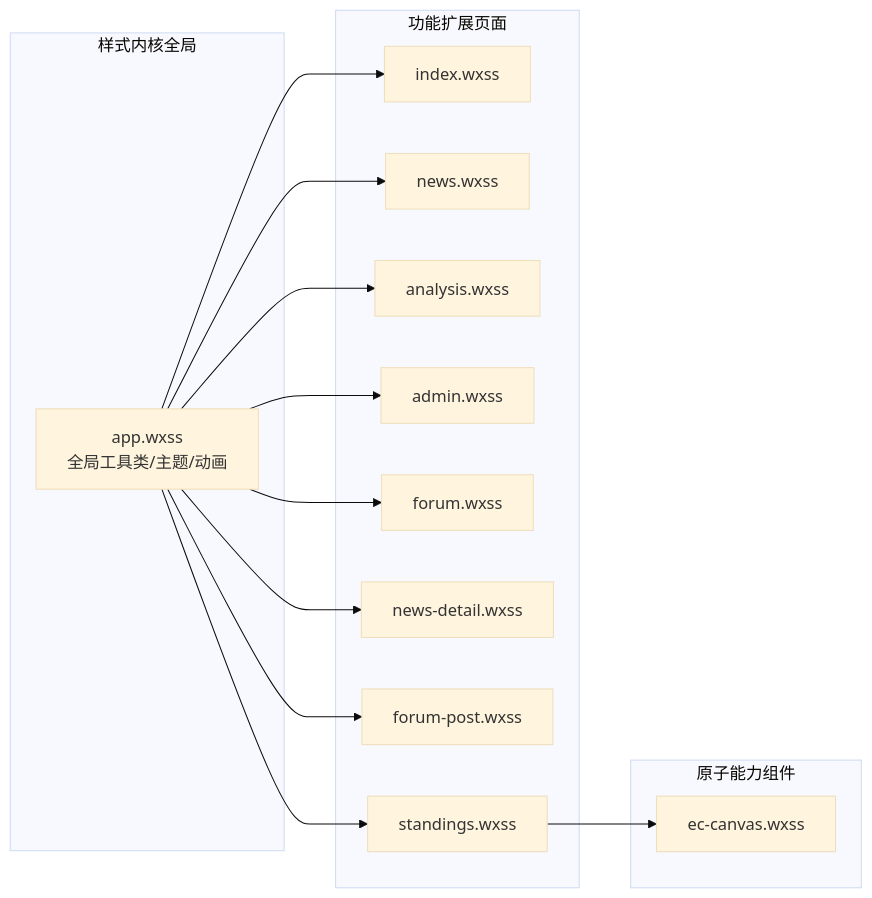
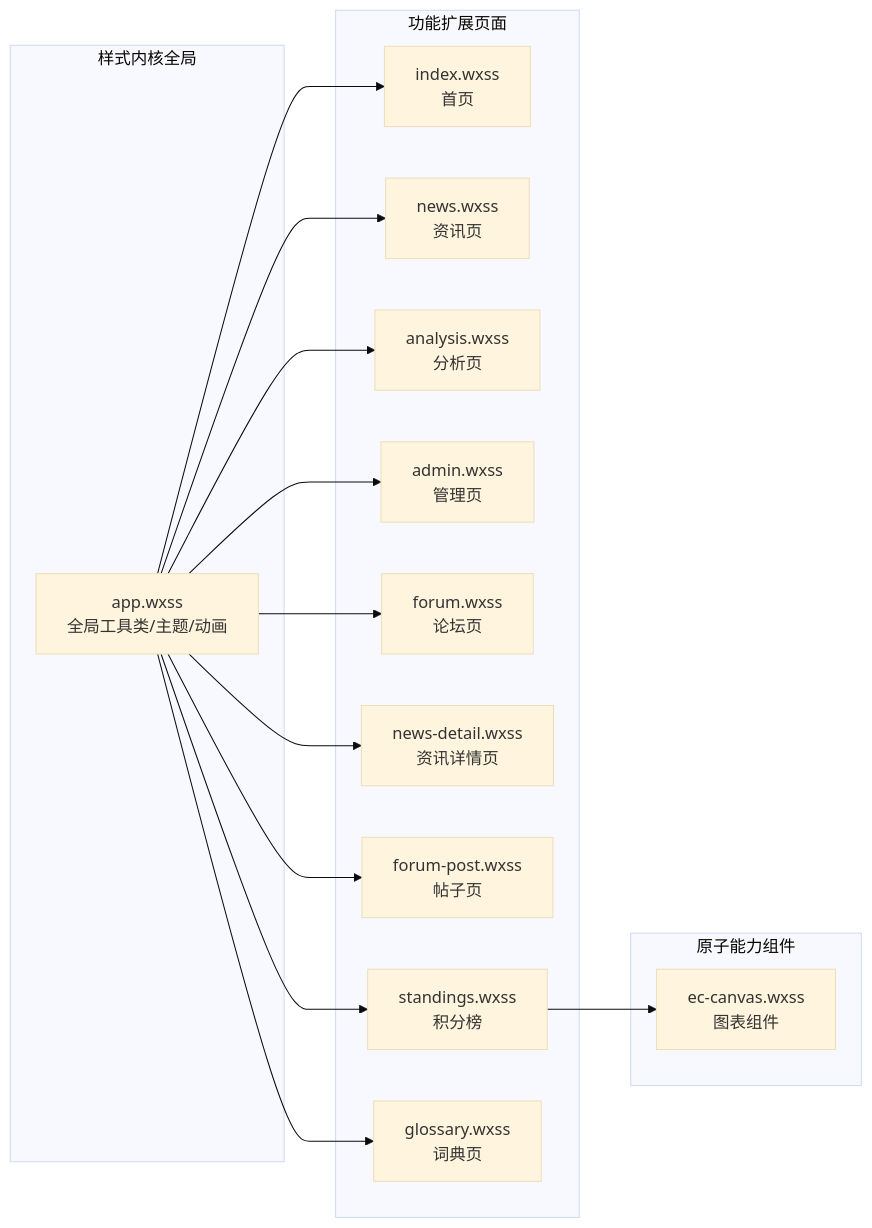
One commit to jianai0330/Fast-F1 changed the second of 13 diagrams in .qoder/repowiki/zh/content/微信小程序前端/样式管理与主题.md. Above: the diagram before and after it, drawn with Mermaid (base theme). The commit also changed other lines of this file and 22 other files, not shown here.

````diff
--- a/.qoder/repowiki/zh/content/微信小程序前端/样式管理与主题.md
+++ b/.qoder/repowiki/zh/content/微信小程序前端/样式管理与主题.md
@@ -108,28 +123,30 @@
 ```mermaid
 graph LR
 subgraph "样式内核全局"
 GWXSS["app.wxss<br/>全局工具类/主题/动画"]
 end
 subgraph "功能扩展页面"
-P1["index.wxss"]
-P2["news.wxss"]
-P3["analysis.wxss"]
-P4["admin.wxss"]
-P5["forum.wxss"]
-P6["news-detail.wxss"]
-P7["forum-post.wxss"]
-P8["standings.wxss"]
+P1["index.wxss<br/>首页"]
+P2["news.wxss<br/>资讯页"]
+P3["analysis.wxss<br/>分析页"]
+P4["admin.wxss<br/>管理页"]
+P5["forum.wxss<br/>论坛页"]
+P6["news-detail.wxss<br/>资讯详情页"]
+P7["forum-post.wxss<br/>帖子页"]
+P8["standings.wxss<br/>积分榜"]
+P9["glossary.wxss<br/>词典页"]
 end
 subgraph "原子能力组件"
-EC["ec-canvas.wxss"]
+EC["ec-canvas.wxss<br/>图表组件"]
 end
 GWXSS --> P1
 GWXSS --> P2
 GWXSS --> P3
 GWXSS --> P4
 GWXSS --> P5
 GWXSS --> P6
 GWXSS --> P7
 GWXSS --> P8
+GWXSS --> P9
 P8 --> EC
 ```
````
